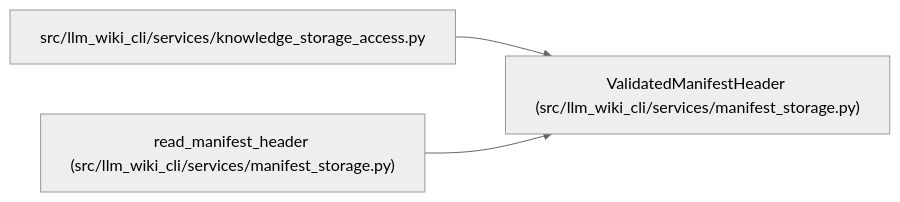
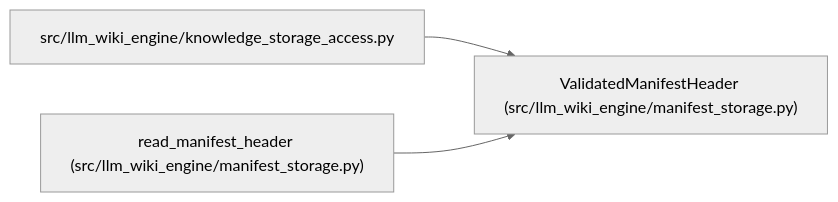
The diagram in docs/llm_wiki/entities/ValidatedManifestHeader.md (Denissvgn/python-wiki-llm), drawn with Mermaid (neutral theme) before and after one commit. The commit also changed other lines of this file and 1058 other files, not shown here.

First line of the commit message:
docs: refresh the wiki for the knowledge store move

````diff
--- a/docs/llm_wiki/entities/ValidatedManifestHeader.md
+++ b/docs/llm_wiki/entities/ValidatedManifestHeader.md
@@ -32,11 +32,11 @@
 ```mermaid
 flowchart LR
-    n0["ValidatedManifestHeader (src/llm_wiki_cli/services/manifest_storage.py)"]
-    n1["src/llm_wiki_cli/services/knowledge_storage_access.py"]
-    n2["read_manifest_header (src/llm_wiki_cli/services/manifest_storage.py)"]
+    n0["ValidatedManifestHeader (src/llm_wiki_engine/manifest_storage.py)"]
+    n1["src/llm_wiki_engine/knowledge_storage_access.py"]
+    n2["read_manifest_header (src/llm_wiki_engine/manifest_storage.py)"]
     n1 --> n0
     n2 --> n0
     click n0 "../modules/manifest_storage.md"
     click n1 "../modules/knowledge_storage_access.md"
     click n2 "../modules/manifest_storage.md"
 ```
````
